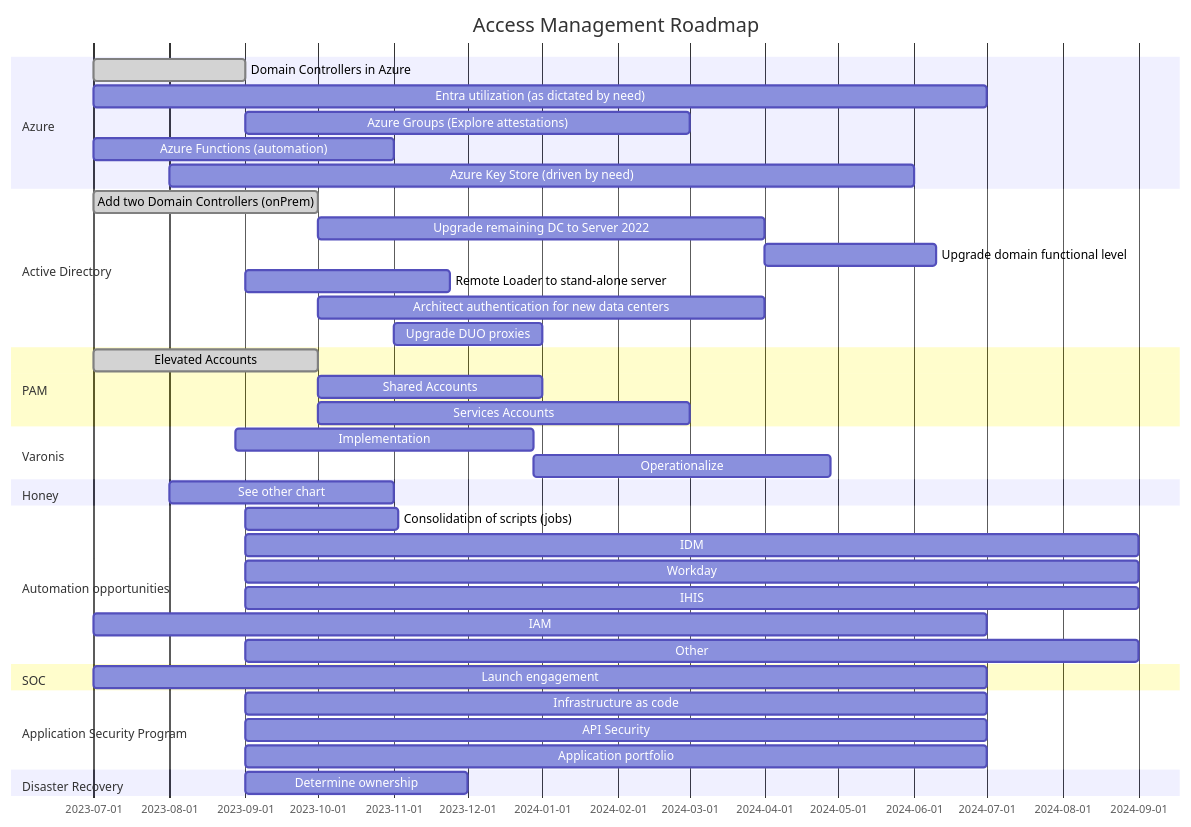
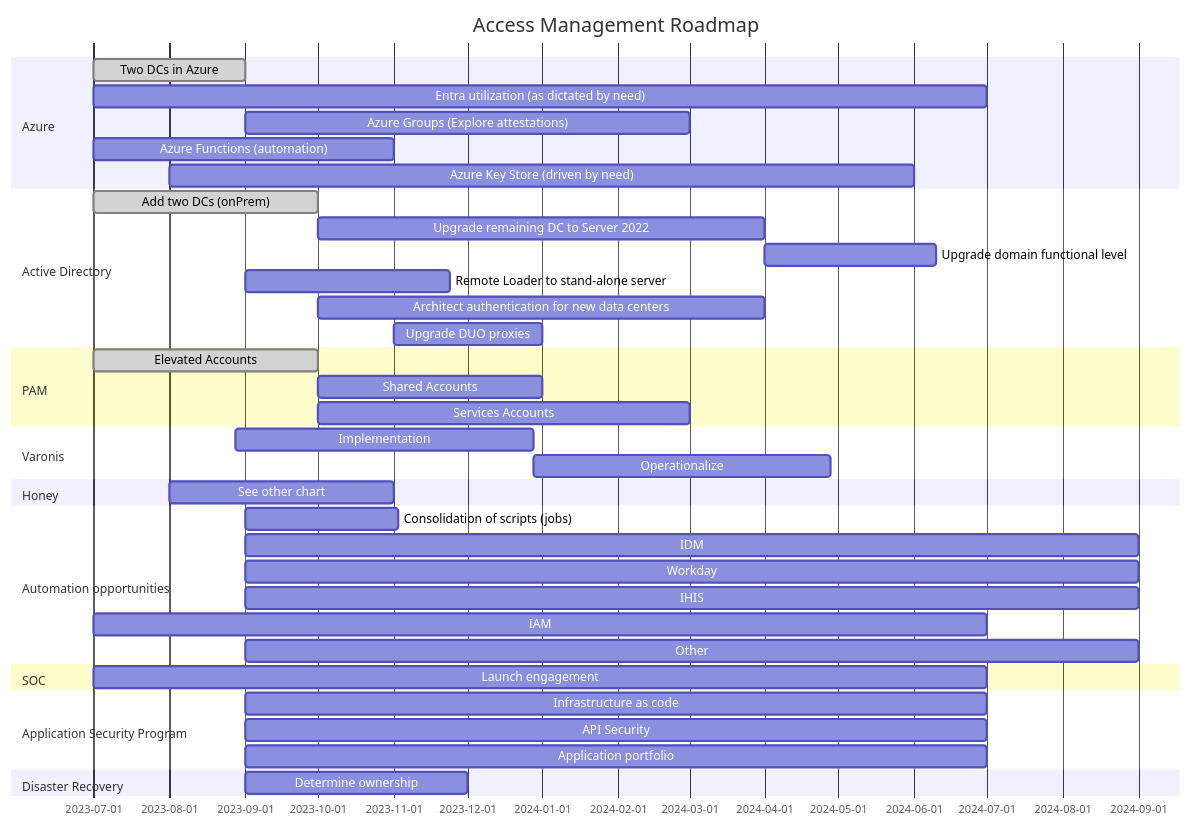
One commit to stahler/MermaidDiagrams changed the diagram in AccessManagement.md. Above: the diagram before and after it, drawn with Mermaid. The commit also changed 1 other file, not shown here.

Commit message:
Update Elevated

````diff
--- a/AccessManagement.md
+++ b/AccessManagement.md
@@ -1,70 +1,70 @@
 ```mermaid
 %%{init:
     {
         "gantt":{
             "titleTopMargin":25,
             "leftPadding":80,
             "numberSectionStyles":2,
             %%"topAxis":"true",
             "axisFormat":"%b-%Y",
             "barHeight":30,
             "barGap":15,
             "useMaxWidth": true
         }
     }
 }%%
 
 gantt
     title Access Management Roadmap
     dateFormat  YYYY-MM-DD
     todayMarker stroke-width:5px,stroke:green,opacity:0.5
     tickInterval 1quarter
     %% excludes 2023-09-04, Weekends
     
 section Azure
-Domain Controllers in Azure             :done,2023-07-01, 2M
+Two DCs in Azure                            :done,2023-07-01, 2M
 Entra utilization (as dictated by need) :2023-07-01, 12M
 Azure Groups (Explore attestations)     :2023-09-01, 6M
 Azure Functions (automation)            :2023-07-01, 4M
 Azure Key Store (driven by need)        :2023-08-01, 10M
 
 section Active Directory                    
-Add two Domain Controllers (onPrem)     :done, a1,2023-07-01, 3M
+Add two DCs (onPrem)                    :done, a1,2023-07-01, 3M
 Upgrade remaining DC to Server 2022     :a2,after a1, 6M
 Upgrade domain functional level         :a3,after a2, 10w
 Remote Loader to stand-alone server     :2023-09-01, 12w
 Architect authentication for new data centers: 2023-10-01, 6M
 Upgrade DUO proxies                     :2023-11-01, 2M
 
 section PAM
 Elevated Accounts                       :done,p1, 2023-07-01, 3M
 Shared Accounts                         :after p1,3M
 Services Accounts                       :after p1,5M
 
 section Varonis
 Implementation                          :v1, 2023-08-28, 4M
 Operationalize                          :after v1, 4M
 
 section Honey 
 See other chart                         :2023-08-01, 3M
 
 section Automation opportunities
 Consolidation of scripts (jobs)         :2023-09-01, 9w
 IDM                                     :2023-09-01, 12M
 Workday                                 :2023-09-01, 12M
 IHIS                                    :2023-09-01, 12M
 IAM                                     :2023-07-01, 12M
 Other                                   :2023-09-01, 12M
 
 section SOC
 Launch engagement                       :2023-07-01, 12M
 
 section Application Security Program   
 Infrastructure as code                  :2023-09-01, 10M
 API Security                            :2023-09-01, 10M
 Application portfolio                   :2023-09-01, 10M
 
 section Disaster Recovery
 Determine ownership                     :2023-09-01, 3M
 
 ```
````
